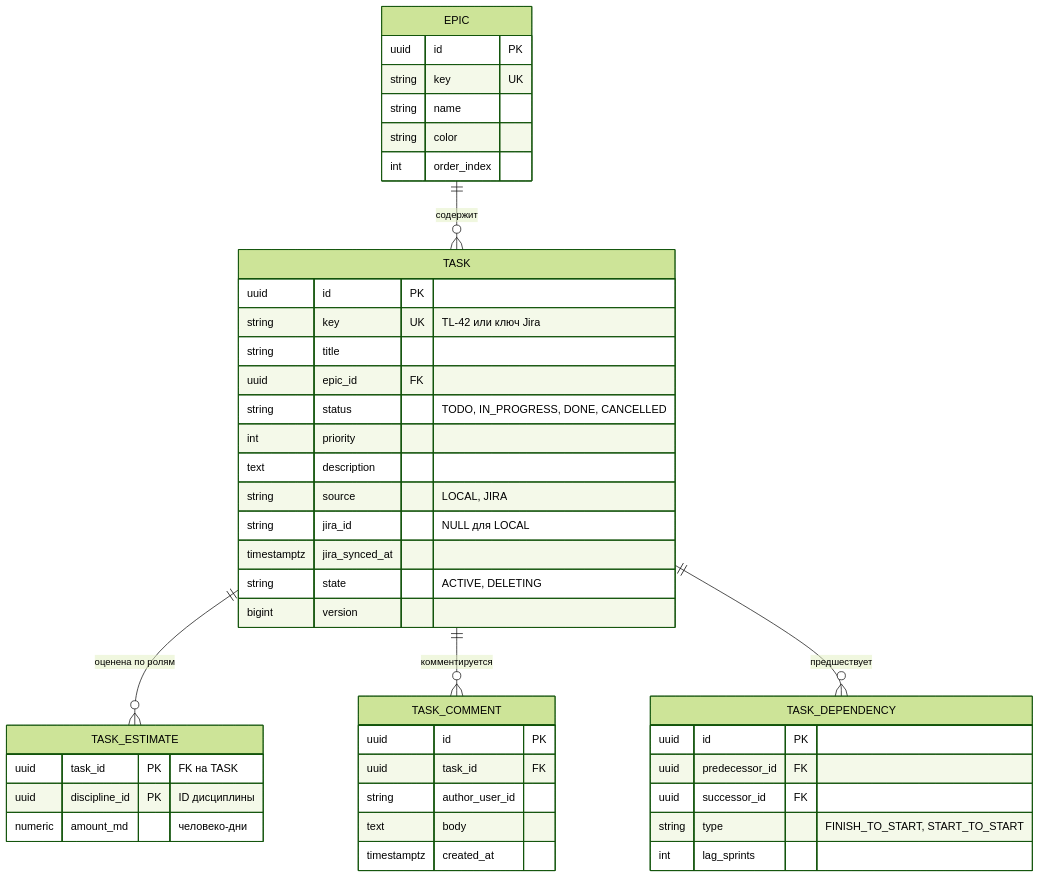
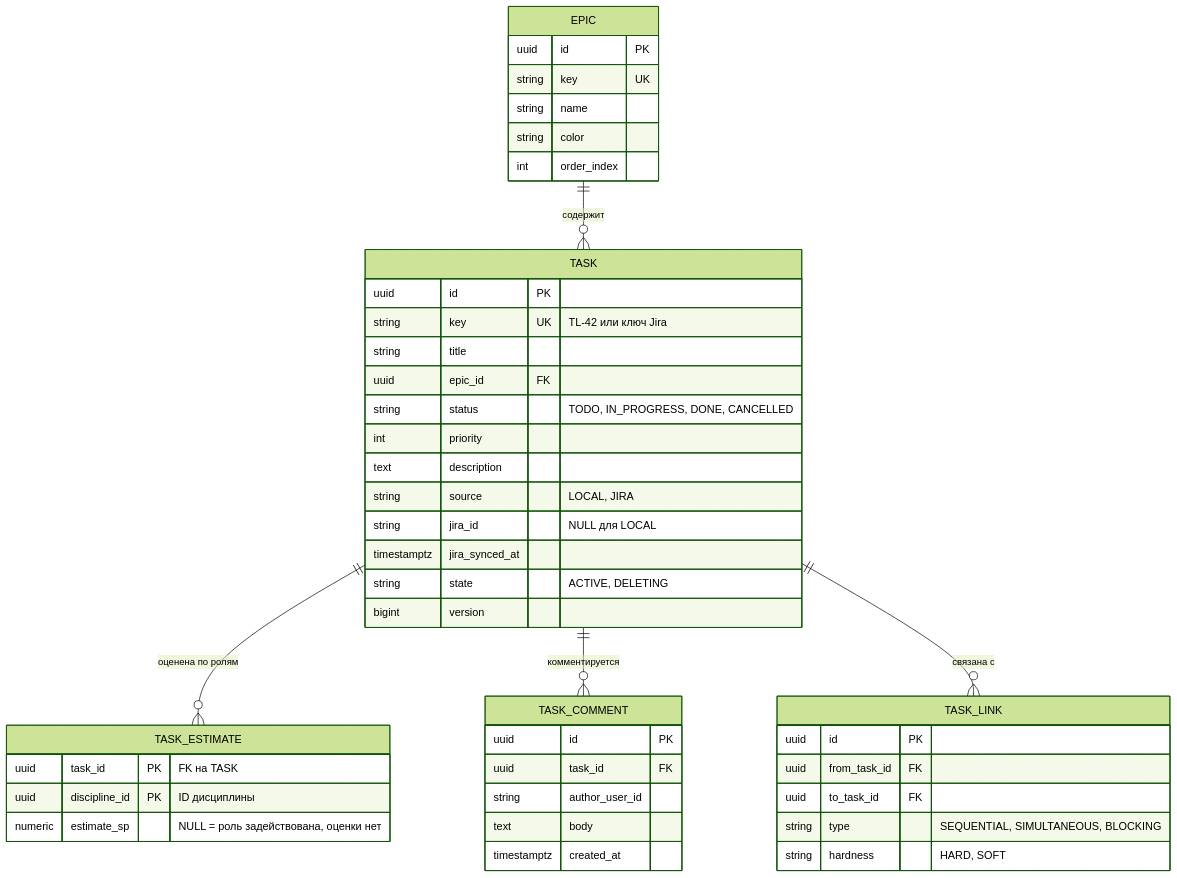
One commit to Kondrikova/Timeline changed the sixth of 12 diagrams in docs/architecture.md. Above: the diagram before and after it, drawn with Mermaid (forest theme). The commit also changed other lines of this file, not shown here.

````diff
--- a/docs/architecture.md
+++ b/docs/architecture.md
@@ -375,48 +403,48 @@
 ```mermaid
 erDiagram
     EPIC ||--o{ TASK : "содержит"
     TASK ||--o{ TASK_ESTIMATE : "оценена по ролям"
     TASK ||--o{ TASK_COMMENT : "комментируется"
-    TASK ||--o{ TASK_DEPENDENCY : "предшествует"
+    TASK ||--o{ TASK_LINK : "связана с"
 
     EPIC {
         uuid id PK
         string key UK
         string name
         string color
         int order_index
     }
     TASK {
         uuid id PK
         string key UK "TL-42 или ключ Jira"
         string title
         uuid epic_id FK
         string status "TODO, IN_PROGRESS, DONE, CANCELLED"
         int priority
         text description
         string source "LOCAL, JIRA"
         string jira_id "NULL для LOCAL"
         timestamptz jira_synced_at
         string state "ACTIVE, DELETING"
         bigint version
     }
     TASK_ESTIMATE {
         uuid task_id PK "FK на TASK"
         uuid discipline_id PK "ID дисциплины"
-        numeric amount_md "человеко-дни"
+        numeric estimate_sp "NULL = роль задействована, оценки нет"
     }
-    TASK_DEPENDENCY {
+    TASK_LINK {
         uuid id PK
-        uuid predecessor_id FK
-        uuid successor_id FK
-        string type "FINISH_TO_START, START_TO_START"
-        int lag_sprints
+        uuid from_task_id FK
+        uuid to_task_id FK
+        string type "SEQUENTIAL, SIMULTANEOUS, BLOCKING"
+        string hardness "HARD, SOFT"
     }
     TASK_COMMENT {
         uuid id PK
         uuid task_id FK
         string author_user_id
         text body
         timestamptz created_at
     }
 ```
````
